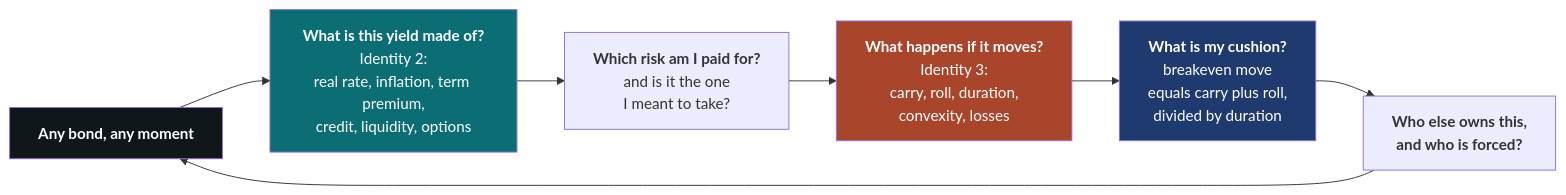
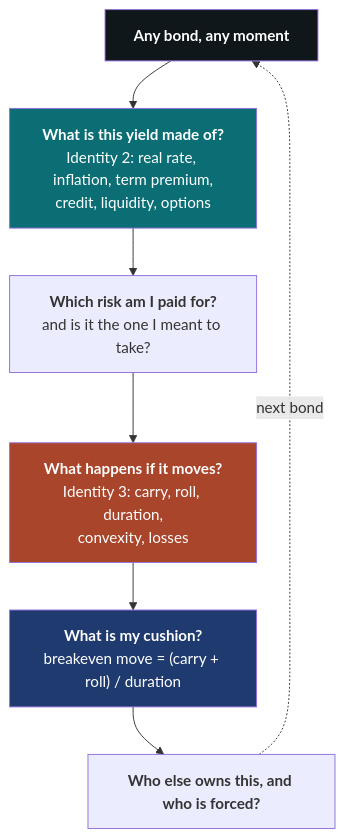
The fifth of 6 diagrams in bond_markets.md (rmahfoud/quant-research), drawn with Mermaid before and after one commit. The commit also changed other lines of this file and 19 other files, not shown here.

````diff
--- a/bond_markets.md
+++ b/bond_markets.md
@@ -4354,13 +4390,13 @@
 ```mermaid
-flowchart LR
-    Q["<b>Any bond, any moment</b>"] --> A["<b>What is this yield made of?</b><br/>Identity 2:<br/>real rate, inflation, term premium,<br/>credit, liquidity, options"]
-    A --> B["<b>Which risk am I paid for?</b><br/>and is it the one<br/>I meant to take?"]
-    B --> C["<b>What happens if it moves?</b><br/>Identity 3:<br/>carry, roll, duration,<br/>convexity, losses"]
-    C --> D["<b>What is my cushion?</b><br/>breakeven move<br/>equals carry plus roll,<br/>divided by duration"]
-    D --> E["<b>Who else owns this,<br/>and who is forced?</b>"]
-    E --> Q
+flowchart TB
+    Q["<b>Any bond, any moment</b>"] --> A["<b>What is this yield made of?</b><br/>Identity 2: real rate, inflation, term premium,<br/>credit, liquidity, options"]
+    A --> B["<b>Which risk am I paid for?</b><br/>and is it the one I meant to take?"]
+    B --> C["<b>What happens if it moves?</b><br/>Identity 3: carry, roll, duration,<br/>convexity, losses"]
+    C --> D["<b>What is my cushion?</b><br/>breakeven move = (carry + roll) / duration"]
+    D --> E["<b>Who else owns this, and who is forced?</b>"]
+    E -.->|"next bond"| Q
     style Q fill:#10171B,color:#fff
     style A fill:#0B6E75,color:#fff
     style C fill:#A8452B,color:#fff
     style D fill:#1F3A6E,color:#fff
 ```
````
